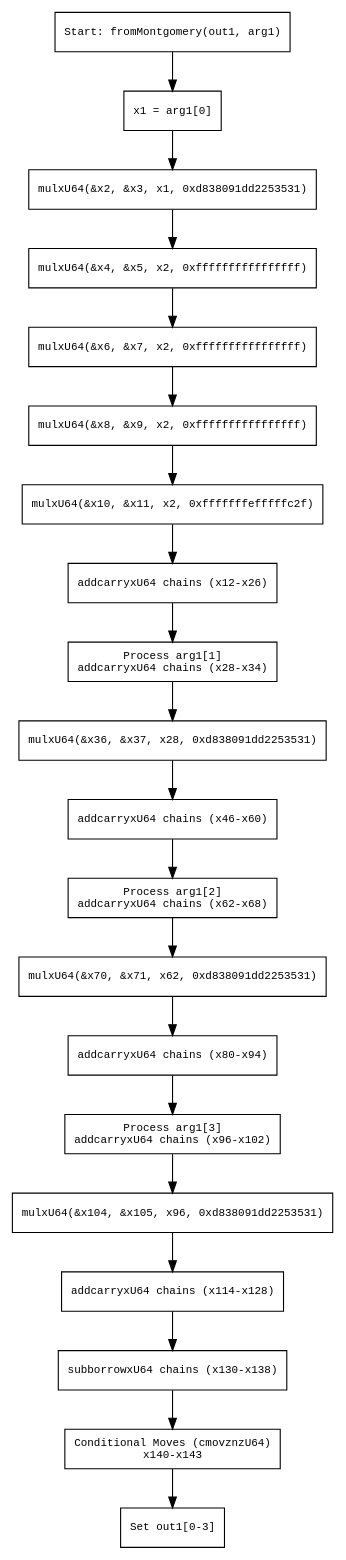
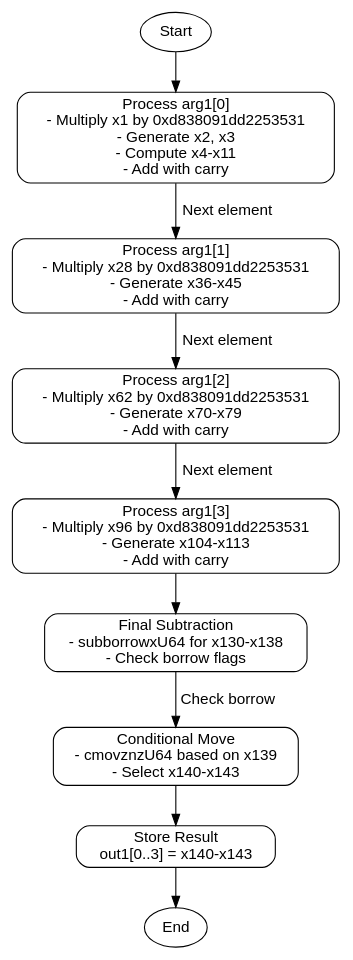
One commit to sdzx-1/deepseek-zig-reader changed the diagram in dot_std/crypto/pcurves/secp256k1/secp256k1_64.zig.fromMontgomery.md. Above: the diagram before and after it, drawn with Graphviz. The commit also changed other lines of this file and 236 other files, not shown here.

````diff
--- a/dot_std/crypto/pcurves/secp256k1/secp256k1_64.zig.fromMontgomery.md
+++ b/dot_std/crypto/pcurves/secp256k1/secp256k1_64.zig.fromMontgomery.md
@@ -37,47 +33,26 @@
 ```dot
 digraph flowchart {
-    node [shape=rectangle, fontname="Courier", fontsize=10];
-    edge [fontname="Courier", fontsize=10];
+    node [shape=rectangle, style="rounded", fontname="Helvetica"];
+    edge [fontname="Helvetica"];
 
-    start [label="Start: fromMontgomery(out1, arg1)"];
-    get_x1 [label="x1 = arg1[0]"];
-    mul_x2_x3 [label="mulxU64(&x2, &x3, x1, 0xd838091dd2253531)"];
-    mul_x4_x5 [label="mulxU64(&x4, &x5, x2, 0xffffffffffffffff)"];
-    mul_x6_x7 [label="mulxU64(&x6, &x7, x2, 0xffffffffffffffff)"];
-    mul_x8_x9 [label="mulxU64(&x8, &x9, x2, 0xffffffffffffffff)"];
-    mul_x10_x11 [label="mulxU64(&x10, &x11, x2, 0xfffffffefffffc2f)"];
-    addcarry_1 [label="addcarryxU64 chains (x12-x26)"];
-    process_arg1_1 [label="Process arg1[1]\naddcarryxU64 chains (x28-x34)"];
-    mul_x36_x37 [label="mulxU64(&x36, &x37, x28, 0xd838091dd2253531)"];
-    addcarry_2 [label="addcarryxU64 chains (x46-x60)"];
-    process_arg1_2 [label="Process arg1[2]\naddcarryxU64 chains (x62-x68)"];
-    mul_x70_x71 [label="mulxU64(&x70, &x71, x62, 0xd838091dd2253531)"];
-    addcarry_3 [label="addcarryxU64 chains (x80-x94)"];
-    process_arg1_3 [label="Process arg1[3]\naddcarryxU64 chains (x96-x102)"];
-    mul_x104_x105 [label="mulxU64(&x104, &x105, x96, 0xd838091dd2253531)"];
-    addcarry_4 [label="addcarryxU64 chains (x114-x128)"];
-    subborrow [label="subborrowxU64 chains (x130-x138)"];
-    cmovznz [label="Conditional Moves (cmovznzU64)\nx140-x143"];
-    output [label="Set out1[0-3]"];
+    start [label="Start", shape=ellipse];
+    end [label="End", shape=ellipse];
 
-    start -> get_x1;
-    get_x1 -> mul_x2_x3;
-    mul_x2_x3 -> mul_x4_x5;
-    mul_x4_x5 -> mul_x6_x7;
-    mul_x6_x7 -> mul_x8_x9;
-    mul_x8_x9 -> mul_x10_x11;
-    mul_x10_x11 -> addcarry_1;
-    addcarry_1 -> process_arg1_1;
-    process_arg1_1 -> mul_x36_x37;
-    mul_x36_x37 -> addcarry_2;
-    addcarry_2 -> process_arg1_2;
-    process_arg1_2 -> mul_x70_x71;
-    mul_x70_x71 -> addcarry_3;
-    addcarry_3 -> process_arg1_3;
-    process_arg1_3 -> mul_x104_x105;
-    mul_x104_x105 -> addcarry_4;
-    addcarry_4 -> subborrow;
-    subborrow -> cmovznz;
-    cmovznz -> output;
+    process_arg0 [label="Process arg1[0]\n- Multiply x1 by 0xd838091dd2253531\n- Generate x2, x3\n- Compute x4-x11\n- Add with carry"];
+    process_arg1 [label="Process arg1[1]\n- Multiply x28 by 0xd838091dd2253531\n- Generate x36-x45\n- Add with carry"];
+    process_arg2 [label="Process arg1[2]\n- Multiply x62 by 0xd838091dd2253531\n- Generate x70-x79\n- Add with carry"];
+    process_arg3 [label="Process arg1[3]\n- Multiply x96 by 0xd838091dd2253531\n- Generate x104-x113\n- Add with carry"];
+    subtract [label="Final Subtraction\n- subborrowxU64 for x130-x138\n- Check borrow flags"];
+    cmov [label="Conditional Move\n- cmovznzU64 based on x139\n- Select x140-x143"];
+    output [label="Store Result\nout1[0..3] = x140-x143"];
+
+    start -> process_arg0;
+    process_arg0 -> process_arg1 [label="Next element"];
+    process_arg1 -> process_arg2 [label="Next element"];
+    process_arg2 -> process_arg3 [label="Next element"];
+    process_arg3 -> subtract;
+    subtract -> cmov [label="Check borrow"];
+    cmov -> output;
+    output -> end;
 }
 ``` 
````
